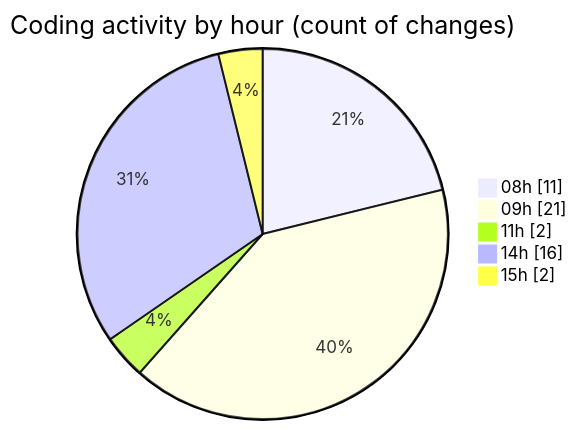
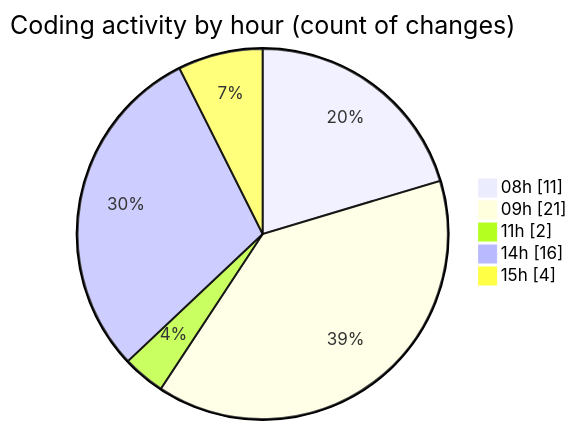
The second of 2 diagrams in 2025-10-13/eventscop-frontend-guide__workspace_/README.md (julien-gomy/code-tracking), drawn with Mermaid before and after one commit. The commit also changed other lines of this file and 1 other file, not shown here.

````diff
--- a/2025-10-13/eventscop-frontend-guide__workspace_/README.md
+++ b/2025-10-13/eventscop-frontend-guide__workspace_/README.md
@@ -48,9 +50,9 @@
 ```mermaid
 pie showData
 title Coding activity by hour (count of changes)
 "08h" : 11
 "09h" : 21
 "11h" : 2
 "14h" : 16
-"15h" : 2
+"15h" : 4
 ```
````
